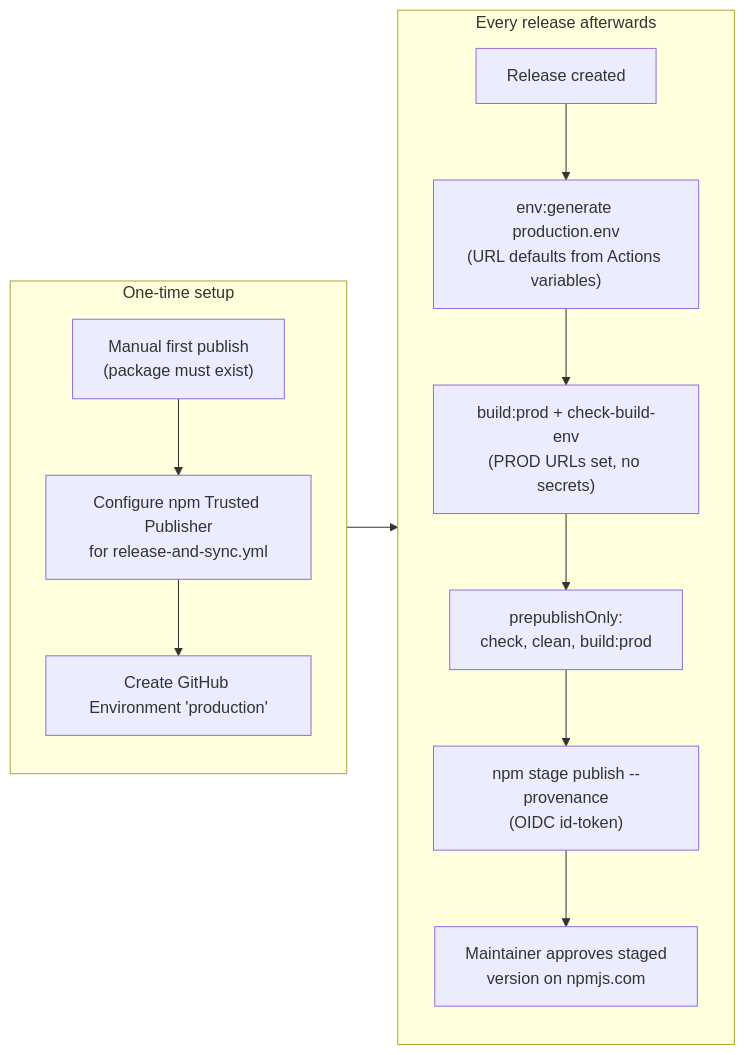
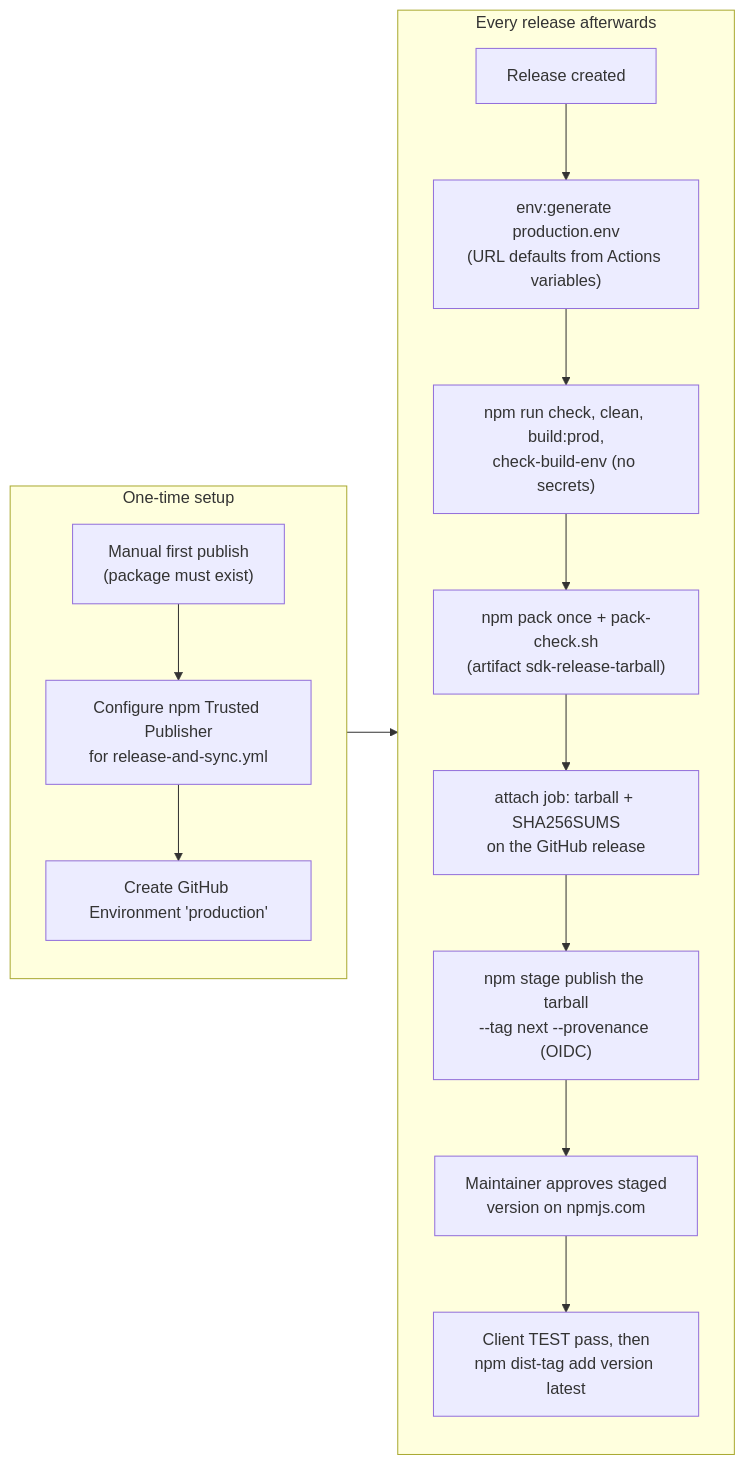
The ninth of 9 diagrams in RELEASE_PROCESS.md (Digital-Assistant/Digital-Assistant-SDK), drawn with Mermaid before and after one commit. The commit also changed other lines of this file and 6 other files, not shown here.

First line of the commit message:
ci: build the SDK once, attach the tarball and stage it as next

````diff
--- a/RELEASE_PROCESS.md
+++ b/RELEASE_PROCESS.md
@@ -389,17 +452,19 @@
 ```mermaid
 flowchart LR
     subgraph ONCE ["One-time setup"]
         direction TB
         M1["Manual first publish<br/>(package must exist)"] --> M2["Configure npm Trusted Publisher<br/>for release-and-sync.yml"]
         M2 --> M3["Create GitHub Environment 'production'"]
     end
     subgraph AUTO ["Every release afterwards"]
         direction TB
         R1["Release created"] --> R2["env:generate production.env<br/>(URL defaults from Actions variables)"]
-        R2 --> R2b["build:prod + check-build-env<br/>(PROD URLs set, no secrets)"]
-        R2b --> R3["prepublishOnly:<br/>check, clean, build:prod"]
-        R3 --> R4["npm stage publish --provenance<br/>(OIDC id-token)"]
-        R4 --> R5["Maintainer approves staged<br/>version on npmjs.com"]
+        R2 --> R2b["npm run check, clean, build:prod,<br/>check-build-env (no secrets)"]
+        R2b --> R3["npm pack once + pack-check.sh<br/>(artifact sdk-release-tarball)"]
+        R3 --> R4["attach job: tarball + SHA256SUMS<br/>on the GitHub release"]
+        R4 --> R5["npm stage publish the tarball<br/>--tag next --provenance (OIDC)"]
+        R5 --> R6["Maintainer approves staged<br/>version on npmjs.com"]
+        R6 --> R7["Client TEST pass, then<br/>npm dist-tag add version latest"]
     end
     ONCE --> AUTO
 ```
````
